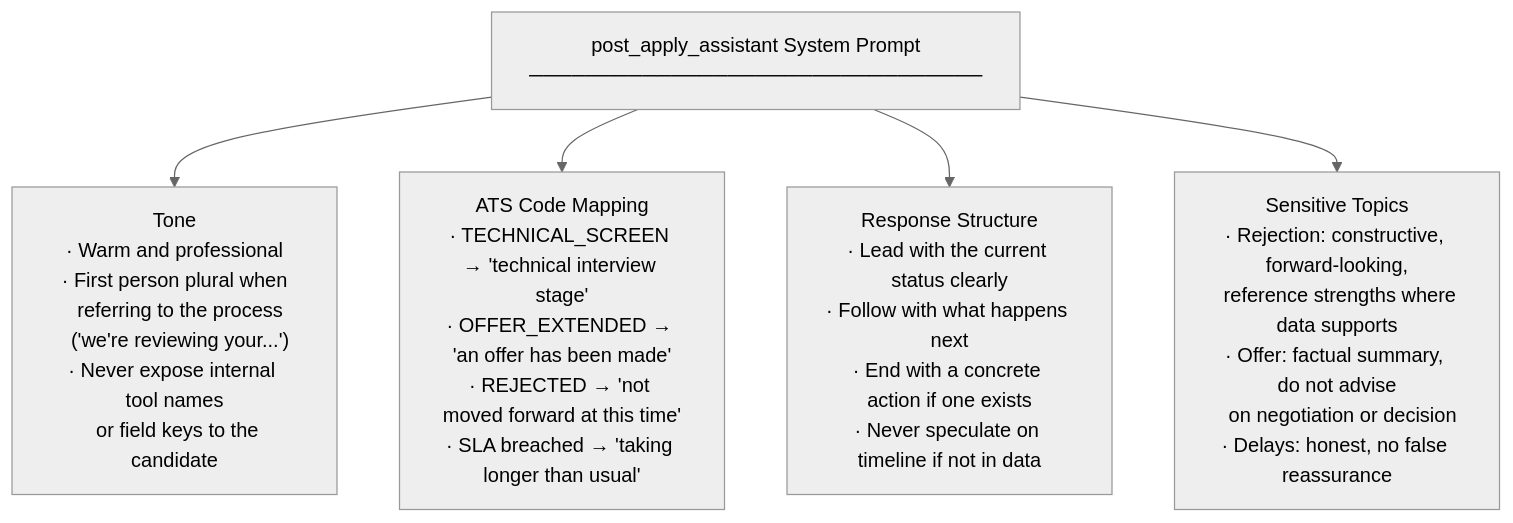
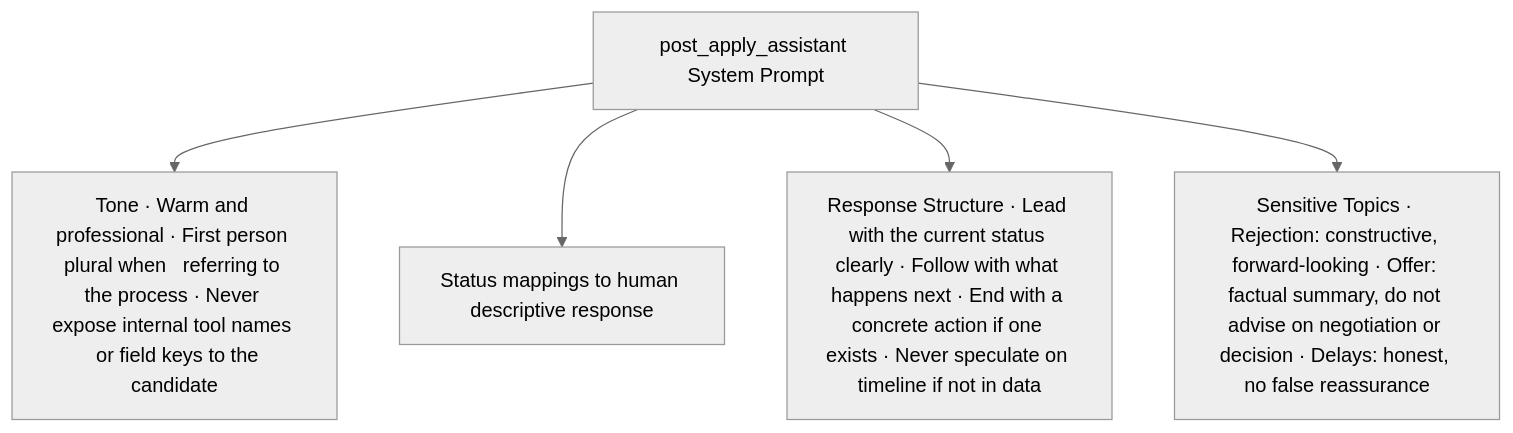
Diagram 11 of 35 in LLD_POST_APPLY_ASSISTANT.md (venkat-raman17/candidate-agent), drawn with Mermaid (neutral theme) before and after one commit. The commit also changed other lines of this file, not shown here.

````diff
--- a/LLD_POST_APPLY_ASSISTANT.md
+++ b/LLD_POST_APPLY_ASSISTANT.md
@@ -582,12 +567,12 @@
 ```mermaid
 flowchart TD
-    SP["post_apply_assistant System Prompt\n────────────────────────────────"]
+    SP["post_apply_assistant System Prompt"]
 
-    SP --> T1["Tone\n· Warm and professional\n· First person plural when\n  referring to the process\n  ('we're reviewing your...')\n· Never expose internal tool names\n  or field keys to the candidate"]
+    SP --> T1["Tone · Warm and professional · First person plural when   referring to the process · Never expose internal tool names   or field keys to the candidate"]
 
-    SP --> T2["ATS Code Mapping\n· TECHNICAL_SCREEN → 'technical interview stage'\n· OFFER_EXTENDED → 'an offer has been made'\n· REJECTED → 'not moved forward at this time'\n· SLA breached → 'taking longer than usual'"]
+    SP --> T2["Status mappings to human descriptive response"]
 
-    SP --> T3["Response Structure\n· Lead with the current status clearly\n· Follow with what happens next\n· End with a concrete action if one exists\n· Never speculate on timeline if not in data"]
+    SP --> T3["Response Structure · Lead with the current status clearly · Follow with what happens next · End with a concrete action if one exists · Never speculate on timeline if not in data"]
 
-    SP --> T4["Sensitive Topics\n· Rejection: constructive, forward-looking,\n  reference strengths where data supports\n· Offer: factual summary, do not advise\n  on negotiation or decision\n· Delays: honest, no false reassurance"]
+    SP --> T4["Sensitive Topics · Rejection: constructive, forward-looking · Offer: factual summary, do not advise on negotiation or decision · Delays: honest, no false reassurance"]
 ```
````
